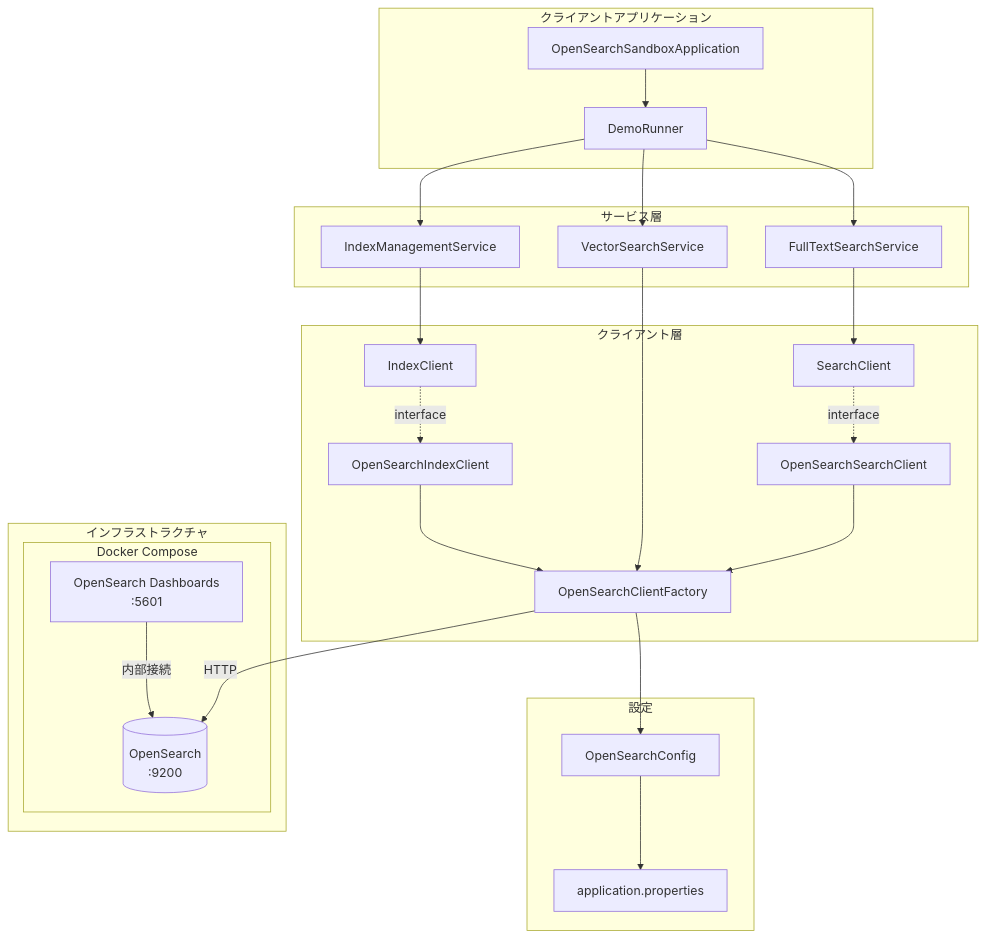
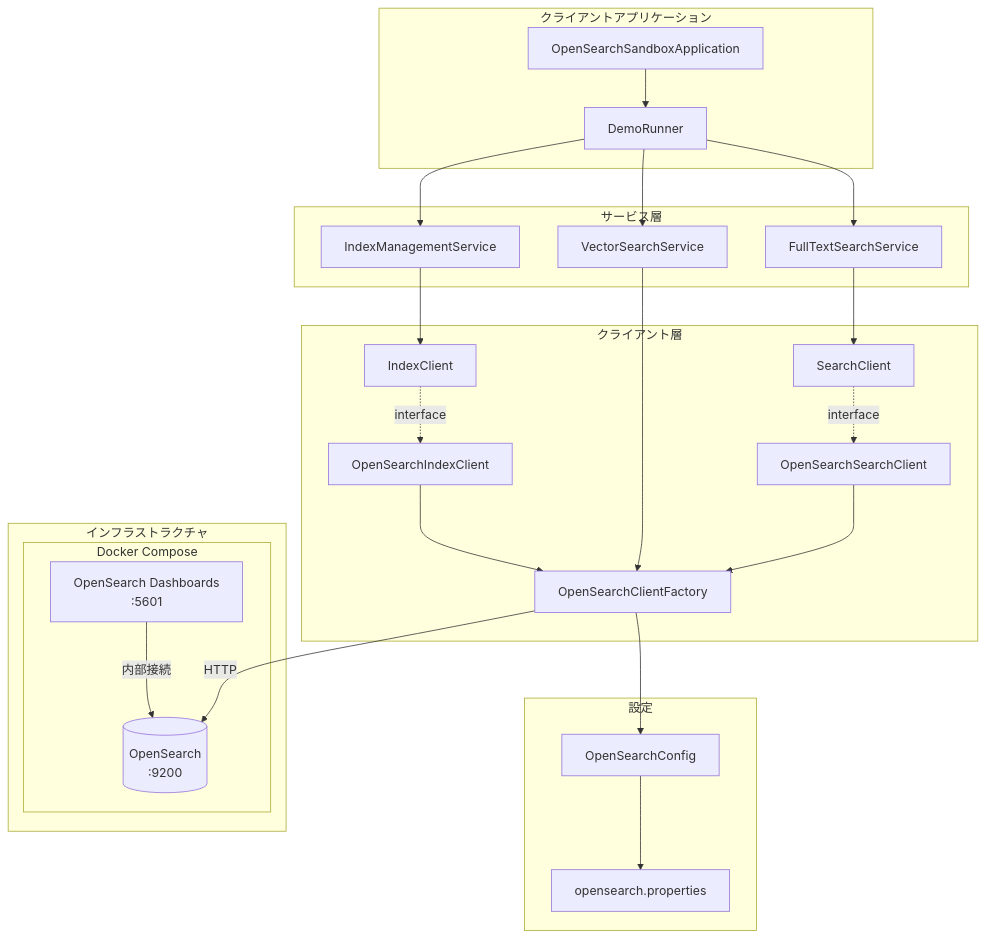
The first of 3 diagrams in docs/architecture.md (kimai07/opensearch-sandbox), drawn with Mermaid before and after one commit. The commit also changed other lines of this file and 3 other files, not shown here.

````diff
--- a/docs/architecture.md
+++ b/docs/architecture.md
@@ -5,51 +5,51 @@
 ```mermaid
 flowchart TB
     subgraph Client["クライアントアプリケーション"]
         App[OpenSearchSandboxApplication]
         Demo[DemoRunner]
     end
 
     subgraph Services["サービス層"]
         FTS[FullTextSearchService]
         VS[VectorSearchService]
         IMS[IndexManagementService]
     end
 
     subgraph ClientLayer["クライアント層"]
         Factory[OpenSearchClientFactory]
         SC[SearchClient]
         OSC[OpenSearchSearchClient]
         IC[IndexClient]
         OIC[OpenSearchIndexClient]
     end
 
     subgraph Config["設定"]
         Conf[OpenSearchConfig]
-        Props[application.properties]
+        Props[opensearch.properties]
     end
 
     subgraph Infrastructure["インフラストラクチャ"]
         subgraph Docker["Docker Compose"]
             OS[(OpenSearch<br/>:9200)]
             Dashboard[OpenSearch Dashboards<br/>:5601]
         end
     end
 
     App --> Demo
     Demo --> FTS
     Demo --> VS
     Demo --> IMS
 
     FTS --> SC
     SC -.->|interface| OSC
     OSC --> Factory
     VS --> Factory
     IMS --> IC
     IC -.->|interface| OIC
     OIC --> Factory
 
     Factory --> Conf
     Conf --> Props
     Factory -->|HTTP| OS
     Dashboard -->|内部接続| OS
 ```
````
